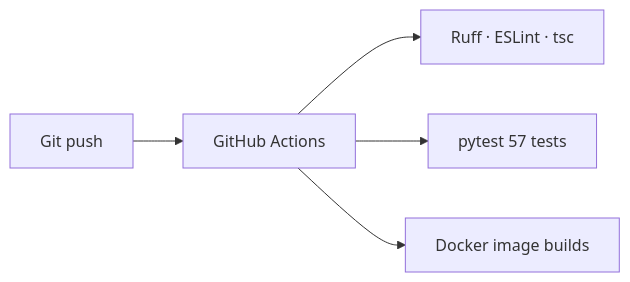
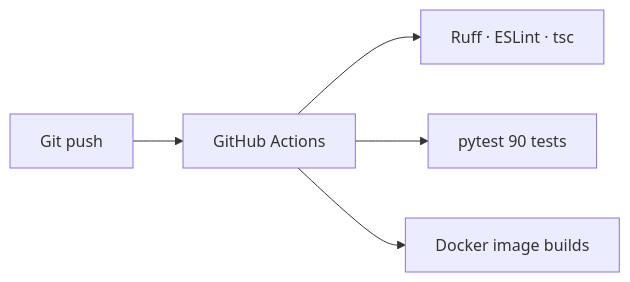
One commit to Dhvani16/ai-devops-configuration-reviewer changed the second of 2 diagrams in README.md. Above: the diagram before and after it, drawn with Mermaid. The commit also changed other lines of this file and 4 other files, not shown here.

````diff
--- a/README.md
+++ b/README.md
@@ -51,7 +65,7 @@
 ```mermaid
 flowchart LR
     Push[Git push] --> CI[GitHub Actions]
     CI --> Lint[Ruff · ESLint · tsc]
-    CI --> Tests[pytest 57 tests]
+    CI --> Tests[pytest 90 tests]
     CI --> Build[Docker image builds]
 ```
````
